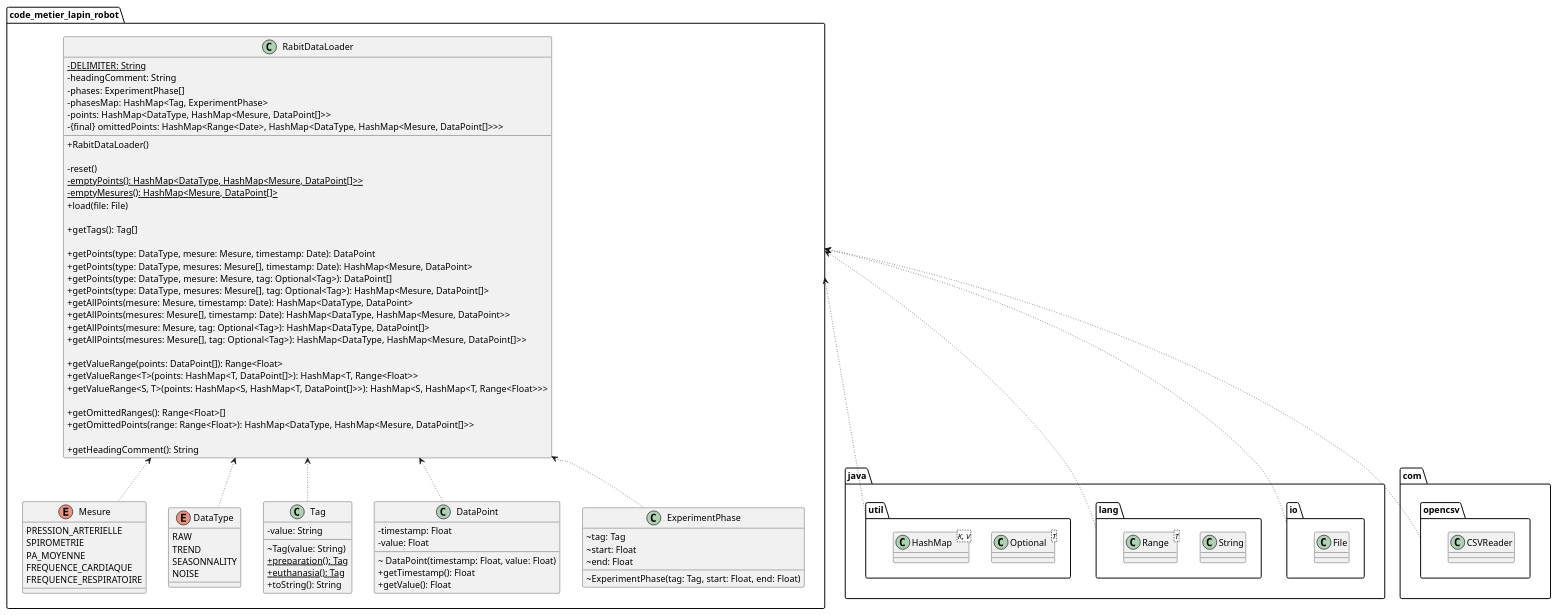
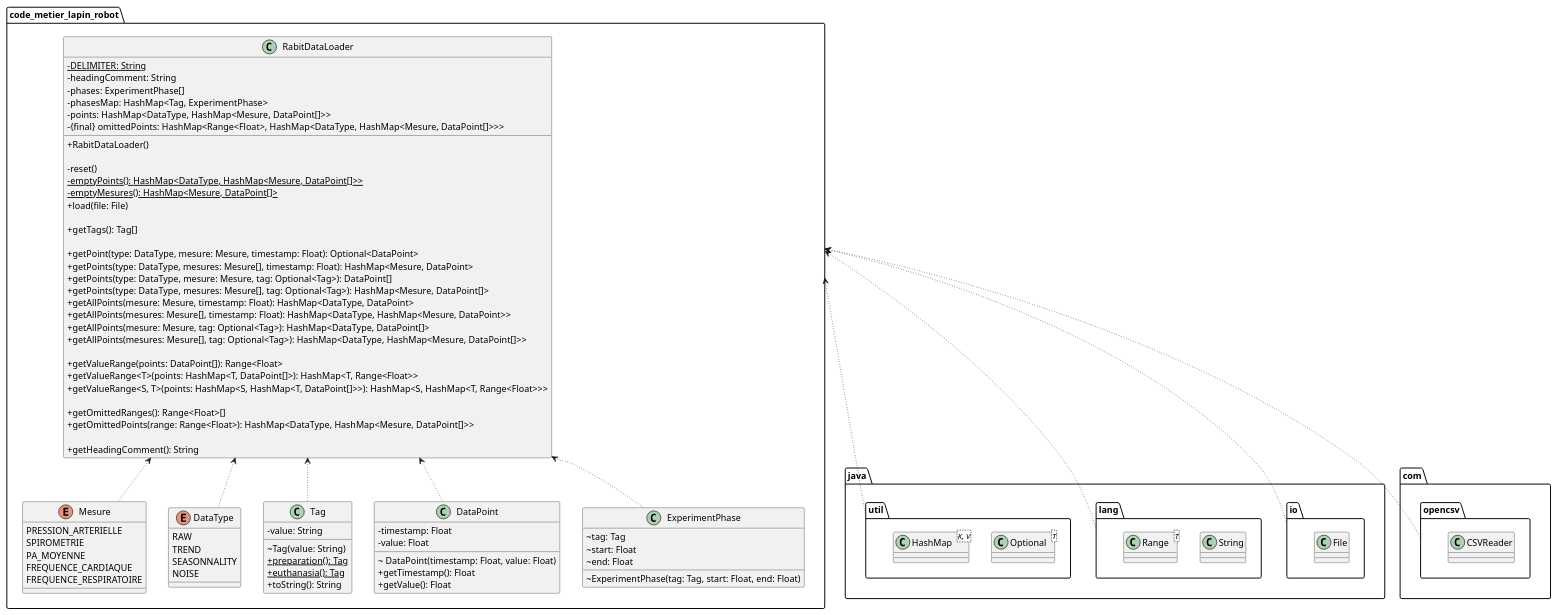
Before and after one commit to RemiBardon/imt-fil-a1-acdc-projet-lapin-robot: the diagram in README.md, drawn with PlantUML. The commit also changed 1 other file, not shown here.

Commit message:
Add getPoint(DataType type, Mesure mesure, Float timestamp) implementation

```diff
--- a/README.md
+++ b/README.md
@@ -156,7 +156,7 @@
         - phases: ExperimentPhase[]
         - phasesMap: HashMap<Tag, ExperimentPhase>
         - points: HashMap<DataType, HashMap<Mesure, DataPoint[]>>
-        - {final} omittedPoints: HashMap<Range<Date>, HashMap<DataType, HashMap<Mesure, DataPoint[]>>>
+        - {final} omittedPoints: HashMap<Range<Float>, HashMap<DataType, HashMap<Mesure, DataPoint[]>>>
         + RabitDataLoader()
 
         - reset()
@@ -166,12 +166,12 @@
 
         + getTags(): Tag[]
 
-        + getPoints(type: DataType, mesure: Mesure, timestamp: Date): DataPoint
-        + getPoints(type: DataType, mesures: Mesure[], timestamp: Date): HashMap<Mesure, DataPoint>
+        + getPoint(type: DataType, mesure: Mesure, timestamp: Float): Optional<DataPoint>
+        + getPoints(type: DataType, mesures: Mesure[], timestamp: Float): HashMap<Mesure, DataPoint>
         + getPoints(type: DataType, mesure: Mesure, tag: Optional<Tag>): DataPoint[]
         + getPoints(type: DataType, mesures: Mesure[], tag: Optional<Tag>): HashMap<Mesure, DataPoint[]>
-        + getAllPoints(mesure: Mesure, timestamp: Date): HashMap<DataType, DataPoint>
-        + getAllPoints(mesures: Mesure[], timestamp: Date): HashMap<DataType, HashMap<Mesure, DataPoint>>
+        + getAllPoints(mesure: Mesure, timestamp: Float): HashMap<DataType, DataPoint>
+        + getAllPoints(mesures: Mesure[], timestamp: Float): HashMap<DataType, HashMap<Mesure, DataPoint>>
         + getAllPoints(mesure: Mesure, tag: Optional<Tag>): HashMap<DataType, DataPoint[]>
         + getAllPoints(mesures: Mesure[], tag: Optional<Tag>): HashMap<DataType, HashMap<Mesure, DataPoint[]>>
 
```
